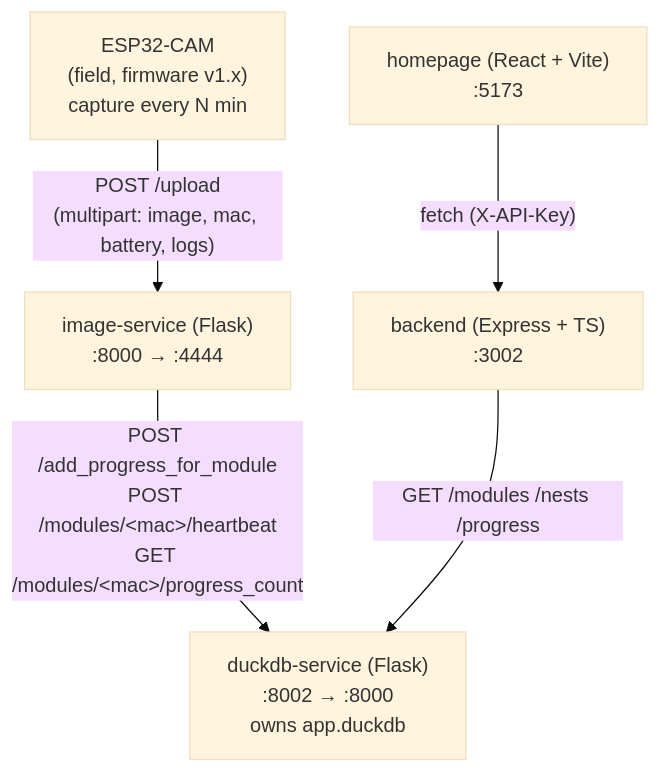
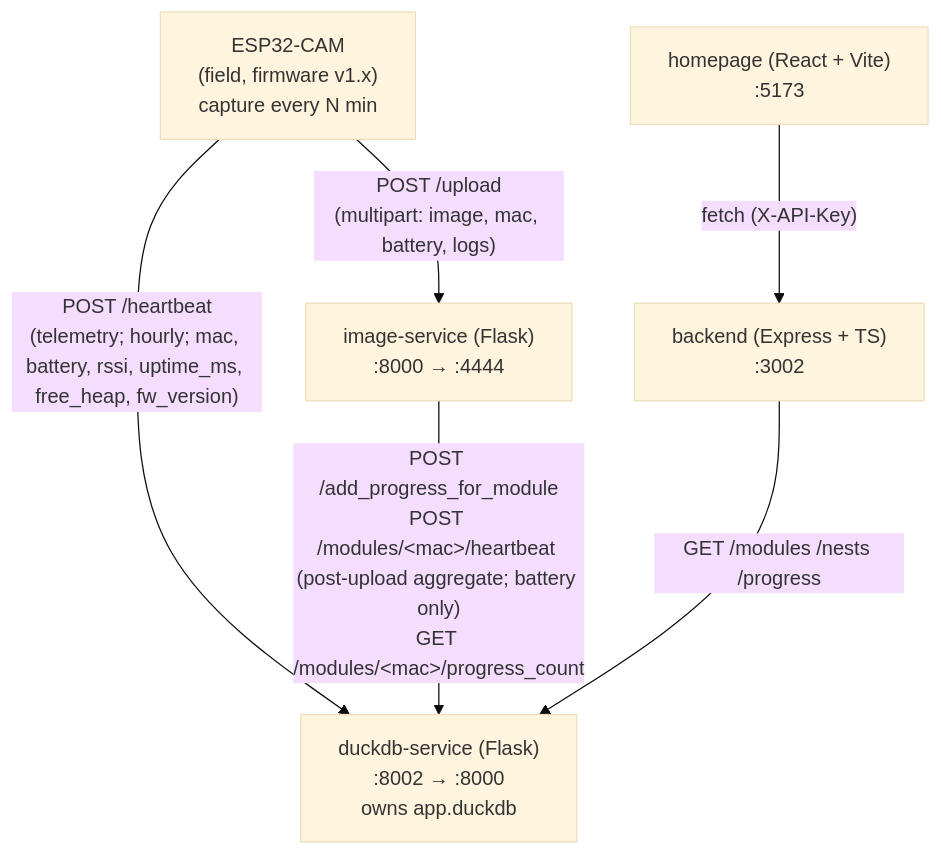
The diagram in docs/05-building-block-view/README.md (schutera/highfive), drawn with Mermaid (base theme) before and after one commit. The commit also changed other lines of this file and 2 other files, not shown here.

````diff
--- a/docs/05-building-block-view/README.md
+++ b/docs/05-building-block-view/README.md
@@ -24,13 +24,14 @@
 ```mermaid
 flowchart TD
     ESP["ESP32-CAM<br/>(field, firmware v1.x)<br/>capture every N min"]
     IMG["image-service (Flask)<br/>:8000 → :4444"]
     DDB["duckdb-service (Flask)<br/>:8002 → :8000<br/>owns app.duckdb"]
     BE["backend (Express + TS)<br/>:3002"]
     HP["homepage (React + Vite)<br/>:5173"]
 
     ESP -->|"POST /upload<br/>(multipart: image, mac, battery, logs)"| IMG
-    IMG -->|"POST /add_progress_for_module<br/>POST /modules/&lt;mac&gt;/heartbeat<br/>GET /modules/&lt;mac&gt;/progress_count"| DDB
+    ESP -->|"POST /heartbeat<br/>(telemetry; hourly; mac, battery, rssi, uptime_ms, free_heap, fw_version)"| DDB
+    IMG -->|"POST /add_progress_for_module<br/>POST /modules/&lt;mac&gt;/heartbeat (post-upload aggregate; battery only)<br/>GET /modules/&lt;mac&gt;/progress_count"| DDB
     BE -->|"GET /modules /nests /progress"| DDB
     HP -->|"fetch (X-API-Key)"| BE
 ```
````
